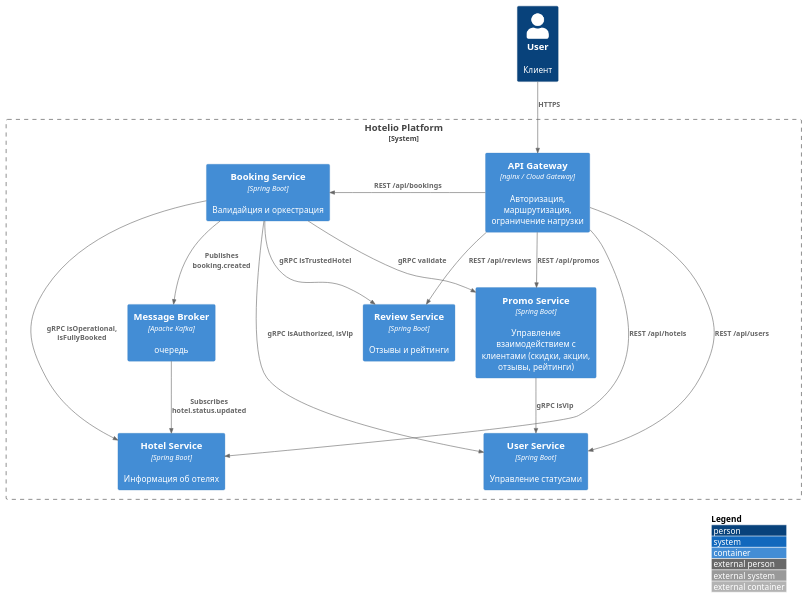
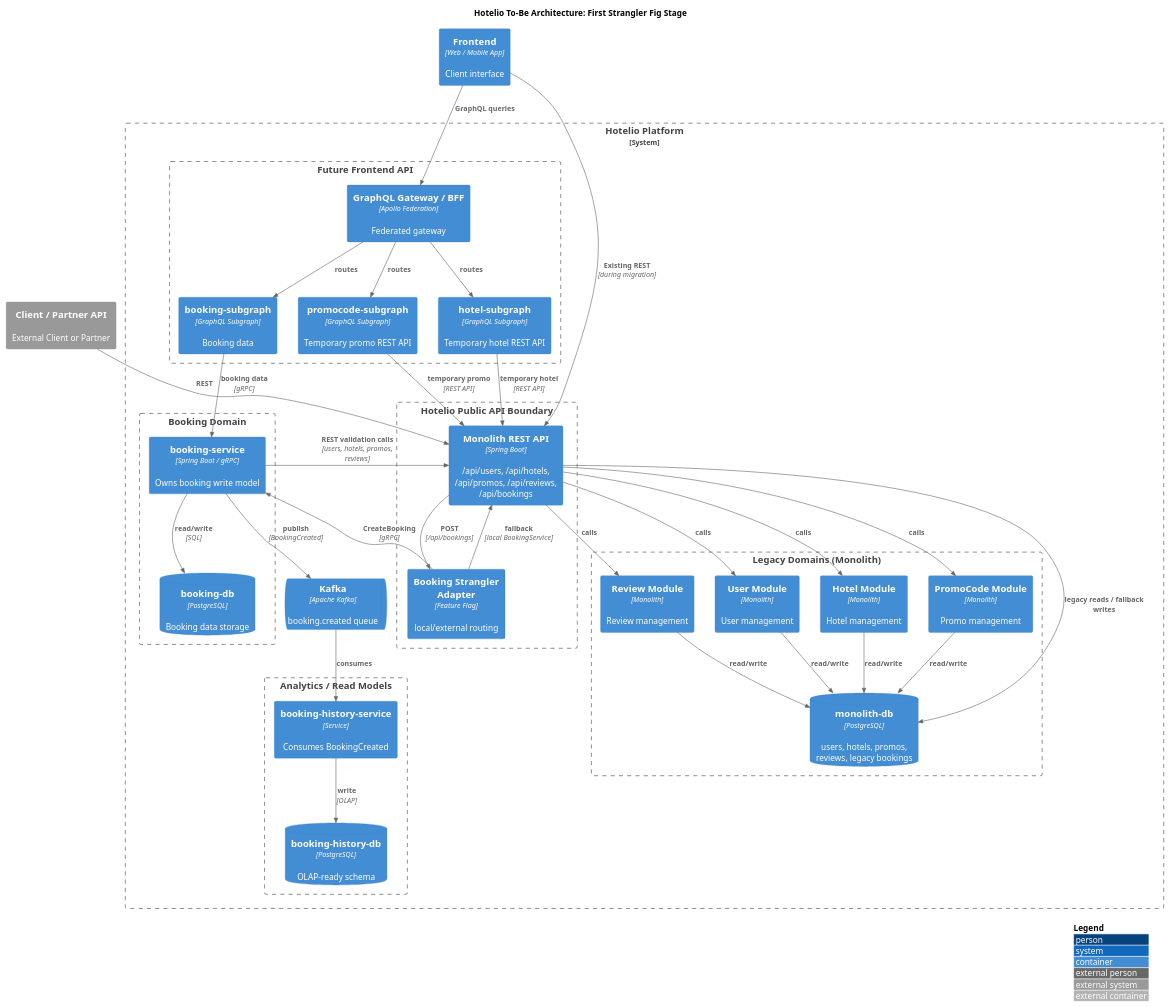
One commit to EtGr84/msa-sprint2 changed the diagram in tasks/task1/results/03_task1_hotelio_to_be.puml. Above: the diagram before and after it, drawn with PlantUML.

```diff
--- a/tasks/task1/results/03_task1_hotelio_to_be.puml
+++ b/tasks/task1/results/03_task1_hotelio_to_be.puml
@@ -1,40 +1,81 @@
 @startuml
+
 !includeurl https://raw.githubusercontent.com/plantuml-stdlib/C4-PlantUML/master/C4_Container.puml
 
 LAYOUT_WITH_LEGEND()
 
-Person(user, "User", "Клиент")
+title Hotelio To-Be Architecture: First Strangler Fig Stage
+
+System_Ext(client, "Client / Partner API", "External Client or Partner")
+Container(frontend, "Frontend", "Web / Mobile App", "Client interface")
 
 System_Boundary(hotelio, "Hotelio Platform") {
 
-  Container(gateway, "API Gateway", "nginx / Cloud Gateway", "Авторизация, маршрутизация, ограничение нагрузки")
+  Boundary(public_api, "Hotelio Public API Boundary") {
+    Container(monolith, "Monolith REST API", "Spring Boot", "/api/users, /api/hotels, /api/promos, /api/reviews, /api/bookings")
+    Container(adapter, "Booking Strangler Adapter", "Feature Flag", "local/external routing")
+  }
 
-  Container(bookingSvc, "Booking Service", "Spring Boot", "Валидайция и оркестрация")
-  Container(userSvc, "User Service", "Spring Boot", "Управление статусами")
-  Container(hotelSvc, "Hotel Service", "Spring Boot", "Информация об отелях")
-  Container(reviewSvc, "Review Service", "Spring Boot", "Отзывы и рейтинги")
-  Container(promoSvc, "Promo Service", "Spring Boot", "Управление взаимодействием с клиентами (скидки, акции, отзывы, рейтинги)")
+  Boundary(booking_domain, "Booking Domain") {
+    Container(booking, "booking-service", "Spring Boot / gRPC", "Owns booking write model")
+    ContainerDb(bookingDb, "booking-db", "PostgreSQL", "Booking data storage")
+  }
 
-  Container(kafka, "Message Broker", "Apache Kafka", "очередь")
+  Boundary(legacy_domain, "Legacy Domains (Monolith)") {
+    Container(user, "User Module", "Monolith", "User management")
+    Container(hotel, "Hotel Module", "Monolith", "Hotel management")
+    Container(promo, "PromoCode Module", "Monolith", "Promo management")
+    Container(review, "Review Module", "Monolith", "Review management")
+    ContainerDb(monolithDb, "monolith-db", "PostgreSQL", "users, hotels, promos, reviews, legacy bookings")
+  }
+
+  ContainerQueue(kafka, "Kafka", "Apache Kafka", "booking.created queue")
+
+  Boundary(analytics_domain, "Analytics / Read Models") {
+    Container(history, "booking-history-service", "Service", "Consumes BookingCreated")
+    ContainerDb(historyDb, "booking-history-db", "PostgreSQL", "OLAP-ready schema")
+  }
+
+  Boundary(future_api, "Future Frontend API") {
+    Container(gateway, "GraphQL Gateway / BFF", "Apollo Federation", "Federated gateway")
+    Container(bookingSubgraph, "booking-subgraph", "GraphQL Subgraph", "Booking data")
+    Container(hotelSubgraph, "hotel-subgraph", "GraphQL Subgraph", "Temporary hotel REST API")
+    Container(promoSubgraph, "promocode-subgraph", "GraphQL Subgraph", "Temporary promo REST API")
+  }
 }
 
-Rel(user, gateway, "HTTPS")
+Rel(client, monolith, "REST")
+Rel(frontend, gateway, "GraphQL queries")
+Rel(frontend, monolith, "Existing REST", "during migration")
 
+Rel(monolith, adapter, "POST", "/api/bookings")
+Rel(adapter, booking, "CreateBooking", "gRPC")
+Rel(adapter, monolith, "fallback", "local BookingService")
 
+Rel(booking, bookingDb, "read/write", "SQL")
+Rel(booking, monolith, "REST validation calls", "users, hotels, promos, reviews")
+Rel(booking, kafka, "publish", "BookingCreated")
 
-Rel(bookingSvc, userSvc, "gRPC isAuthorized, isVip")
-Rel(bookingSvc, hotelSvc, "gRPC isOperational, isFullyBooked")
-Rel(bookingSvc, reviewSvc, "gRPC isTrustedHotel")
-Rel(bookingSvc, promoSvc, "gRPC validate")
-Rel(promoSvc, userSvc, "gRPC isVip")
+Rel(monolith, user, "calls")
+Rel(monolith, hotel, "calls")
+Rel(monolith, promo, "calls")
+Rel(monolith, review, "calls")
 
-Rel_L(gateway, bookingSvc, "REST /api/bookings")
-Rel(gateway, userSvc, "REST /api/users")
-Rel(gateway, hotelSvc, "REST /api/hotels")
-Rel(gateway, reviewSvc, "REST /api/reviews")
-Rel(gateway, promoSvc, "REST /api/promos")
+Rel(user, monolithDb, "read/write")
+Rel(hotel, monolithDb, "read/write")
+Rel(promo, monolithDb, "read/write")
+Rel(review, monolithDb, "read/write")
+Rel(monolith, monolithDb, "legacy reads / fallback writes")
 
+Rel(kafka, history, "consumes")
+Rel(history, historyDb, "write", "OLAP")
 
-Rel(bookingSvc, kafka, "Publishes booking.created")
-Rel(kafka, hotelSvc, "Subscribes hotel.status.updated")
+Rel(gateway, bookingSubgraph, "routes")
+Rel(gateway, hotelSubgraph, "routes")
+Rel(gateway, promoSubgraph, "routes")
+
+Rel(bookingSubgraph, booking, "booking data", "gRPC")
+Rel(hotelSubgraph, monolith, "temporary hotel", "REST API")
+Rel(promoSubgraph, monolith, "temporary promo", "REST API")
+
 @enduml
```
